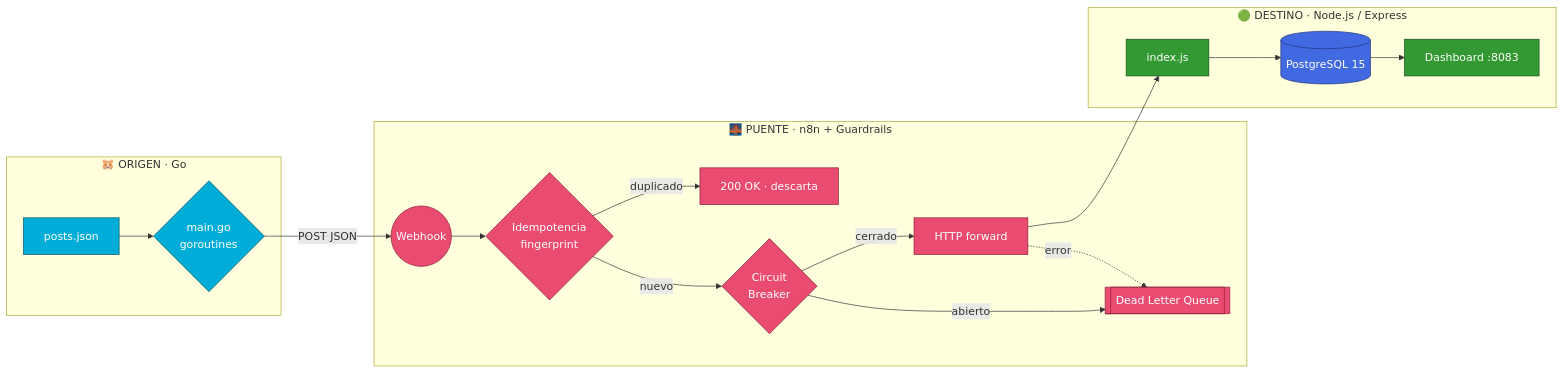
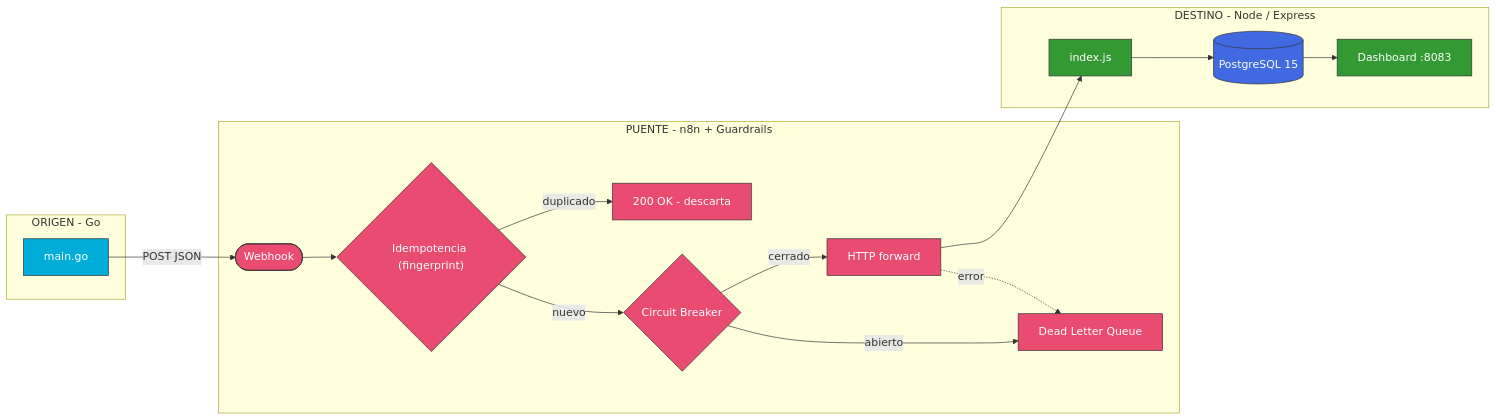
One commit to vladimiracunadev-create/social-bot-scheduler changed the first of 2 diagrams in cases/03-go-to-node/ARCHITECTURE.md. Above: the diagram before and after it, drawn with Mermaid. The commit also changed other lines of this file and 8 other files, not shown here.

First line of the commit message:
fix(diagrams): Mermaid compatible con GitHub (securityLevel strict)

````diff
--- a/cases/03-go-to-node/ARCHITECTURE.md
+++ b/cases/03-go-to-node/ARCHITECTURE.md
@@ -29,32 +29,32 @@
 ```mermaid
 flowchart LR
-    subgraph ORIGIN["🐹 ORIGEN · Go"]
-        A[posts.json] --> B{main.go<br/>goroutines}
+    subgraph ORIGIN["ORIGEN - Go"]
+        B["main.go"]
     end
 
-    subgraph BRIDGE["🌉 PUENTE · n8n + Guardrails"]
-        C((Webhook)) --> IDEM{Idempotencia<br/>fingerprint}
-        IDEM -- duplicado --> DISCARD[200 OK · descarta]
-        IDEM -- nuevo --> CB{Circuit<br/>Breaker}
-        CB -- cerrado --> FWD[HTTP forward]
-        CB -- abierto --> DLQ[[Dead Letter Queue]]
+    subgraph BRIDGE["PUENTE - n8n + Guardrails"]
+        C(["Webhook"]) --> IDEM{"Idempotencia (fingerprint)"}
+        IDEM -->|duplicado| DISCARD["200 OK - descarta"]
+        IDEM -->|nuevo| CBK{"Circuit Breaker"}
+        CBK -->|cerrado| FWD["HTTP forward"]
+        CBK -->|abierto| DLQ["Dead Letter Queue"]
     end
 
-    subgraph DEST["🟢 DESTINO · Node.js / Express"]
-        FWD --> H[index.js]
-        H --> DB[(PostgreSQL 15)]
-        DB --> DASH[Dashboard :8083]
+    subgraph DEST["DESTINO - Node / Express"]
+        FWD --> H["index.js"]
+        H --> DB[("PostgreSQL 15")]
+        DB --> DASH["Dashboard :8083"]
     end
 
-    B -- POST JSON --> C
-    FWD -. error .-> DLQ
+    B -->|POST JSON| C
+    FWD -.->|error| DLQ
 
-    classDef origin fill:#00ADD8,stroke:#00566b,color:#fff
-    classDef bridge fill:#EA4B71,stroke:#8c1c38,color:#fff
-    classDef dest fill:#339933,stroke:#1a4d1a,color:#fff
-    classDef db fill:#4169E1,stroke:#20337a,color:#fff
-    class A,B origin
-    class C,IDEM,CB,FWD,DLQ,DISCARD bridge
+    classDef origin fill:#00ADD8,stroke:#333,color:#fff
+    classDef bridge fill:#EA4B71,stroke:#333,color:#fff
+    classDef dest fill:#339933,stroke:#333,color:#fff
+    classDef db fill:#4169E1,stroke:#333,color:#fff
+    class B origin
+    class C,IDEM,CBK,FWD,DLQ,DISCARD bridge
     class H,DASH dest
     class DB db
 ```
````
